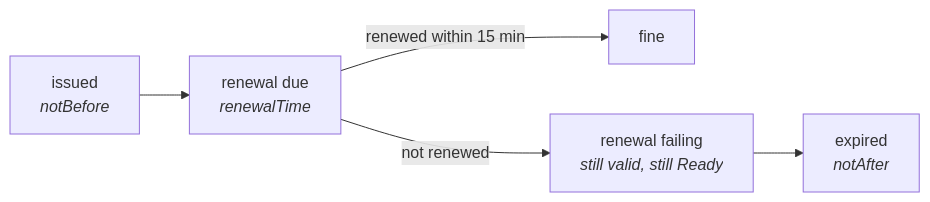
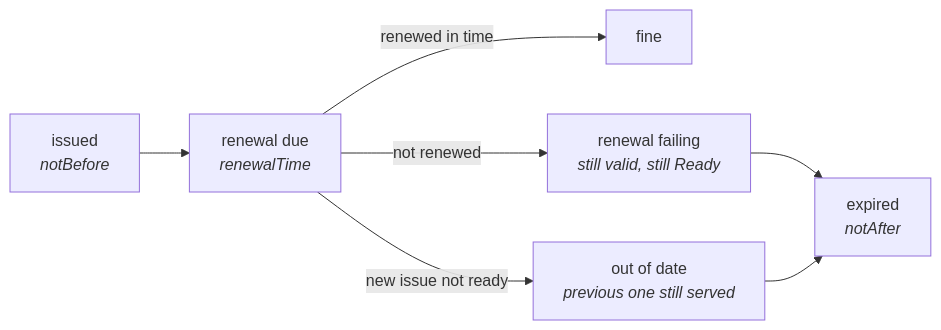
Before and after one commit to DiegoBulhoes/freelens-addons: the second of 3 diagrams in docs/cert-manager.md, drawn with Mermaid. The commit also changed other lines of this file and 141 other files, not shown here.

First line of the commit message:
feat(cert-manager): refused lists say so, and out-of-date certificates are seeded

````diff
--- a/docs/cert-manager.md
+++ b/docs/cert-manager.md
@@ -42,7 +42,9 @@
 ```mermaid
 flowchart LR
   I["issued<br/><i>notBefore</i>"] --> R["renewal due<br/><i>renewalTime</i>"]
-  R -->|renewed within 15 min| F["fine"]
+  R -->|renewed in time| F["fine"]
   R -->|not renewed| L["renewal failing<br/><i>still valid, still Ready</i>"]
+  R -->|new issue not ready| OD["out of date<br/><i>previous one still served</i>"]
   L --> E["expired<br/><i>notAfter</i>"]
+  OD --> E
 ```
````
